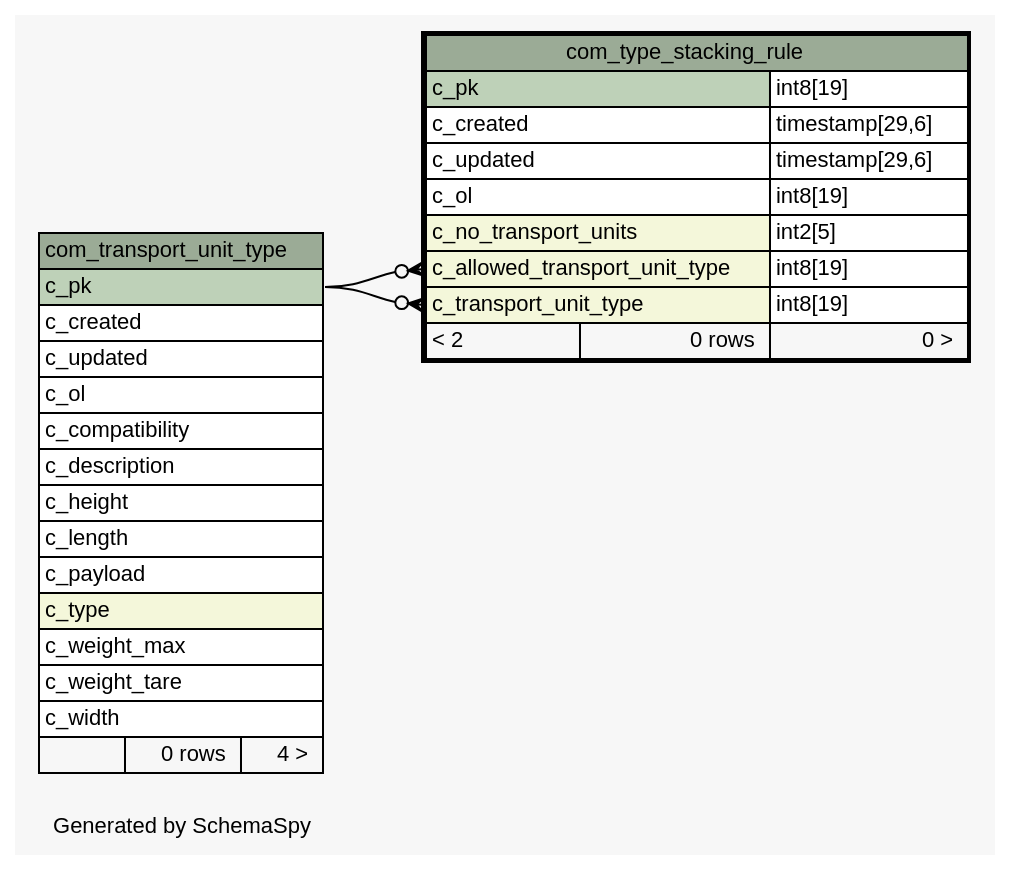
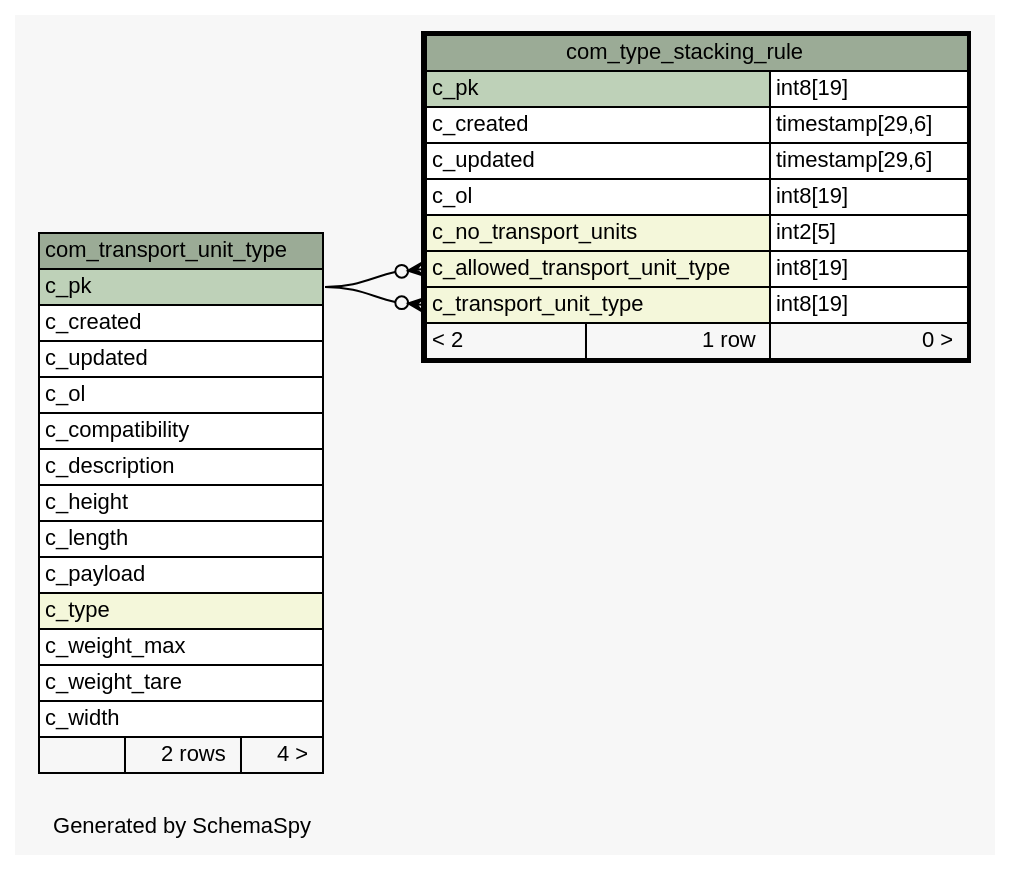
Before and after one commit to openwms/org.openwms.common.service.lib: the diagram in schemaspy/diagrams/com_type_stacking_rule.1degree.dot, drawn with Graphviz. The commit also changed 551 other files, not shown here.

```diff
--- a/schemaspy/diagrams/com_type_stacking_rule.1degree.dot
+++ b/schemaspy/diagrams/com_type_stacking_rule.1degree.dot
@@ -1,62 +1,62 @@
-// dot 2.38.0 on Linux 4.15.0-1037-gcp
+// dot 2.36.0 on Linux 4.4.0-101-generic
 // SchemaSpy rev Unknown
 digraph "oneDegreeRelationshipsDiagram" {
   graph [
     rankdir="RL"
     bgcolor="#f7f7f7"
     label="\nGenerated by SchemaSpy"
     labeljust="l"
     nodesep="0.18"
     ranksep="0.46"
     fontname="Helvetica"
     fontsize="11"
   ];
   node [
     fontname="Helvetica"
     fontsize="11"
     shape="plaintext"
   ];
   edge [
     arrowsize="0.8"
   ];
   "com_type_stacking_rule":"c_allowed_transport_unit_type":w -> "com_transport_unit_type":"c_pk":e [arrowhead=none dir=back arrowtail=crowodot];
   "com_type_stacking_rule":"c_transport_unit_type":w -> "com_transport_unit_type":"c_pk":e [arrowhead=none dir=back arrowtail=crowodot];
   "com_transport_unit_type" [
     label=<
     <TABLE BORDER="0" CELLBORDER="1" CELLSPACING="0" BGCOLOR="#ffffff">
       <TR><TD COLSPAN="3" BGCOLOR="#9bab96" ALIGN="CENTER">com_transport_unit_type</TD></TR>
       <TR><TD PORT="c_pk" COLSPAN="3" BGCOLOR="#bed1b8" ALIGN="LEFT">c_pk</TD></TR>
       <TR><TD PORT="c_created" COLSPAN="3" ALIGN="LEFT">c_created</TD></TR>
       <TR><TD PORT="c_updated" COLSPAN="3" ALIGN="LEFT">c_updated</TD></TR>
       <TR><TD PORT="c_ol" COLSPAN="3" ALIGN="LEFT">c_ol</TD></TR>
       <TR><TD PORT="c_compatibility" COLSPAN="3" ALIGN="LEFT">c_compatibility</TD></TR>
       <TR><TD PORT="c_description" COLSPAN="3" ALIGN="LEFT">c_description</TD></TR>
       <TR><TD PORT="c_height" COLSPAN="3" ALIGN="LEFT">c_height</TD></TR>
       <TR><TD PORT="c_length" COLSPAN="3" ALIGN="LEFT">c_length</TD></TR>
       <TR><TD PORT="c_payload" COLSPAN="3" ALIGN="LEFT">c_payload</TD></TR>
       <TR><TD PORT="c_type" COLSPAN="3" BGCOLOR="#f4f7da" ALIGN="LEFT">c_type</TD></TR>
       <TR><TD PORT="c_weight_max" COLSPAN="3" ALIGN="LEFT">c_weight_max</TD></TR>
       <TR><TD PORT="c_weight_tare" COLSPAN="3" ALIGN="LEFT">c_weight_tare</TD></TR>
       <TR><TD PORT="c_width" COLSPAN="3" ALIGN="LEFT">c_width</TD></TR>
-      <TR><TD ALIGN="LEFT" BGCOLOR="#f7f7f7">  </TD><TD ALIGN="RIGHT" BGCOLOR="#f7f7f7">0 rows</TD><TD ALIGN="RIGHT" BGCOLOR="#f7f7f7">4 &gt;</TD></TR>
+      <TR><TD ALIGN="LEFT" BGCOLOR="#f7f7f7">  </TD><TD ALIGN="RIGHT" BGCOLOR="#f7f7f7">2 rows</TD><TD ALIGN="RIGHT" BGCOLOR="#f7f7f7">4 &gt;</TD></TR>
     </TABLE>>
     URL="com_transport_unit_type.html"
     tooltip="com_transport_unit_type"
   ];
   "com_type_stacking_rule" [
     label=<
     <TABLE BORDER="2" CELLBORDER="1" CELLSPACING="0" BGCOLOR="#ffffff">
       <TR><TD COLSPAN="3" BGCOLOR="#9bab96" ALIGN="CENTER">com_type_stacking_rule</TD></TR>
       <TR><TD PORT="c_pk" COLSPAN="2" BGCOLOR="#bed1b8" ALIGN="LEFT">c_pk</TD><TD PORT="c_pk.type" ALIGN="LEFT">int8[19]</TD></TR>
       <TR><TD PORT="c_created" COLSPAN="2" ALIGN="LEFT">c_created</TD><TD PORT="c_created.type" ALIGN="LEFT">timestamp[29,6]</TD></TR>
       <TR><TD PORT="c_updated" COLSPAN="2" ALIGN="LEFT">c_updated</TD><TD PORT="c_updated.type" ALIGN="LEFT">timestamp[29,6]</TD></TR>
       <TR><TD PORT="c_ol" COLSPAN="2" ALIGN="LEFT">c_ol</TD><TD PORT="c_ol.type" ALIGN="LEFT">int8[19]</TD></TR>
       <TR><TD PORT="c_no_transport_units" COLSPAN="2" BGCOLOR="#f4f7da" ALIGN="LEFT">c_no_transport_units</TD><TD PORT="c_no_transport_units.type" ALIGN="LEFT">int2[5]</TD></TR>
       <TR><TD PORT="c_allowed_transport_unit_type" COLSPAN="2" BGCOLOR="#f4f7da" ALIGN="LEFT">c_allowed_transport_unit_type</TD><TD PORT="c_allowed_transport_unit_type.type" ALIGN="LEFT">int8[19]</TD></TR>
       <TR><TD PORT="c_transport_unit_type" COLSPAN="2" BGCOLOR="#f4f7da" ALIGN="LEFT">c_transport_unit_type</TD><TD PORT="c_transport_unit_type.type" ALIGN="LEFT">int8[19]</TD></TR>
-      <TR><TD ALIGN="LEFT" BGCOLOR="#f7f7f7">&lt; 2</TD><TD ALIGN="RIGHT" BGCOLOR="#f7f7f7">0 rows</TD><TD ALIGN="RIGHT" BGCOLOR="#f7f7f7">0 &gt;</TD></TR>
+      <TR><TD ALIGN="LEFT" BGCOLOR="#f7f7f7">&lt; 2</TD><TD ALIGN="RIGHT" BGCOLOR="#f7f7f7">1 row</TD><TD ALIGN="RIGHT" BGCOLOR="#f7f7f7">0 &gt;</TD></TR>
     </TABLE>>
     URL="com_type_stacking_rule.html"
     tooltip="com_type_stacking_rule"
   ];
 }
```
